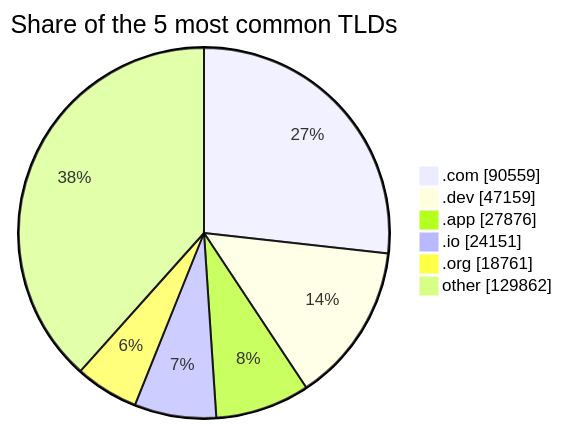
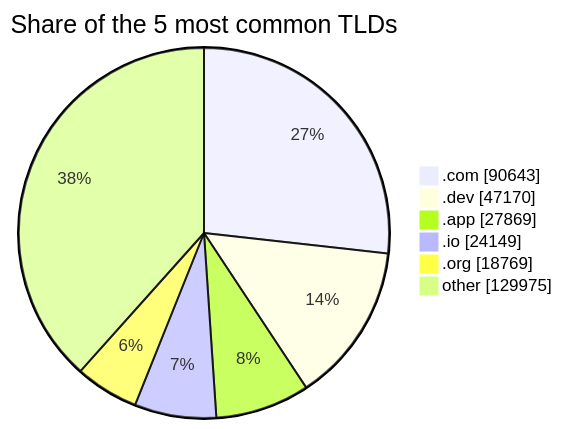
Before and after one commit to DNSBunker/CTI: the third of 3 diagrams in README.md, drawn with Mermaid. The commit also changed other lines of this file and 3 other files, not shown here.

````diff
--- a/README.md
+++ b/README.md
@@ -81,9 +81,9 @@
 ```mermaid
 pie showData title Share of the 5 most common TLDs
-    ".com" : 90559
-    ".dev" : 47159
-    ".app" : 27876
-    ".io" : 24151
-    ".org" : 18761
-    "other" : 129862
+    ".com" : 90643
+    ".dev" : 47170
+    ".app" : 27869
+    ".io" : 24149
+    ".org" : 18769
+    "other" : 129975
 ```
````
